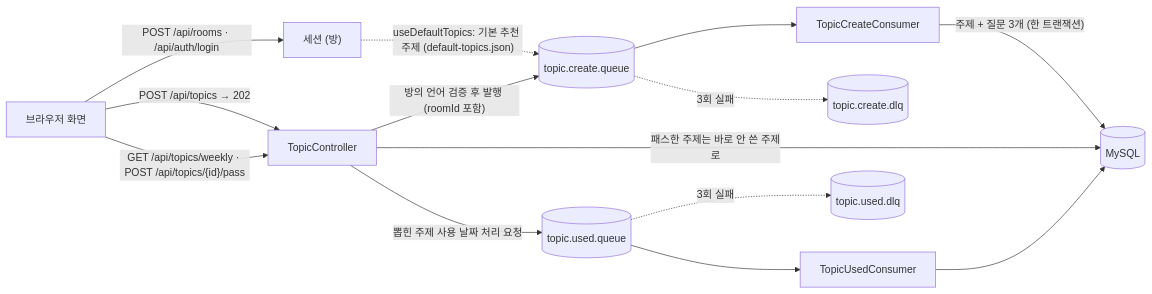
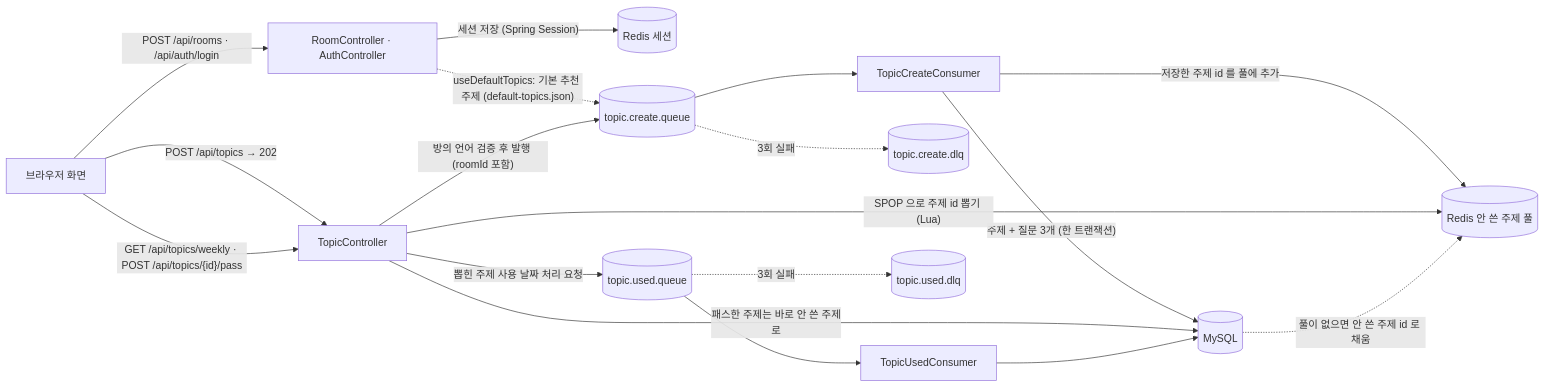
One commit to EauLune01/language-exchange changed the diagram in README.md. Above: the diagram before and after it, drawn with Mermaid. The commit also changed other lines of this file and 1 other file, not shown here.

````diff
--- a/README.md
+++ b/README.md
@@ -30,17 +31,21 @@
 ```mermaid
 flowchart LR
-    A["브라우저 화면"] -->|"POST /api/rooms · /api/auth/login"| S["세션 (방)"]
-    S -. "useDefaultTopics: 기본 추천 주제 (default-topics.json)" .-> C
+    A["브라우저 화면"] -->|"POST /api/rooms · /api/auth/login"| R["RoomController · AuthController"]
+    R -->|"세션 저장 (Spring Session)"| S[("Redis 세션")]
+    R -. "useDefaultTopics: 기본 추천 주제 (default-topics.json)" .-> C
     A -->|"POST /api/topics → 202"| B["TopicController"]
     B -->|"방의 언어 검증 후 발행 (roomId 포함)"| C[("topic.create.queue")]
     C --> D["TopicCreateConsumer"]
     D -->|"주제 + 질문 3개 (한 트랜잭션)"| E[("MySQL")]
+    D -->|"저장한 주제 id 를 풀에 추가"| P[("Redis 안 쓴 주제 풀")]
     C -. "3회 실패" .-> F[("topic.create.dlq")]
 
     A -->|"GET /api/topics/weekly · POST /api/topics/{id}/pass"| B
+    B -->|"SPOP 으로 주제 id 뽑기 (Lua)"| P
+    E -. "풀이 없으면 안 쓴 주제 id 로 채움" .-> P
     B -->|"패스한 주제는 바로 안 쓴 주제로"| E
     B -->|"뽑힌 주제 사용 날짜 처리 요청"| G[("topic.used.queue")]
     G --> H["TopicUsedConsumer"]
     H --> E
     G -. "3회 실패" .-> I[("topic.used.dlq")]
 ```
````
